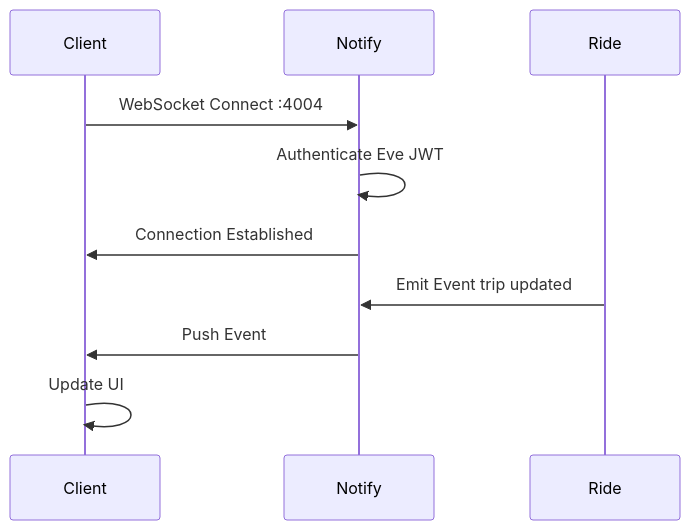
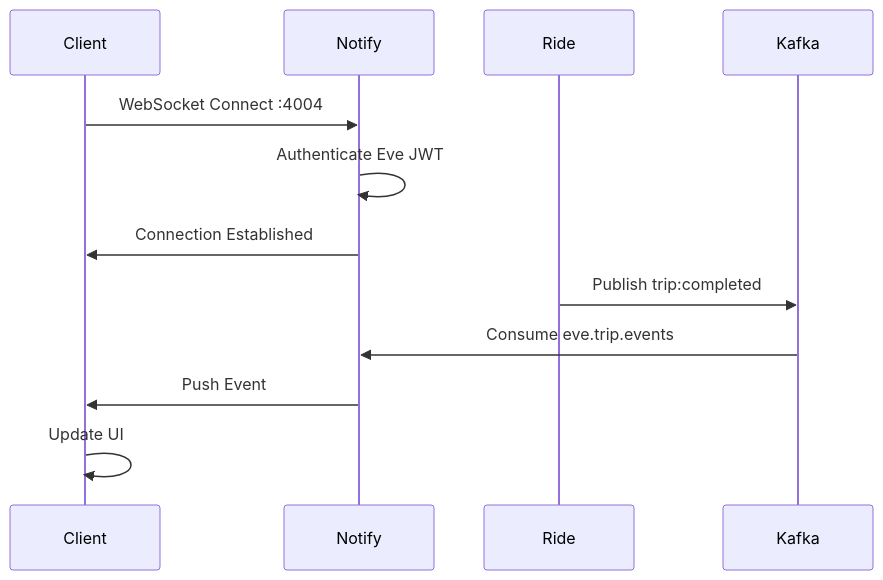
One commit to 13x54n/Eve changed the fifth of 11 diagrams in ARCHITECTURE.md. Above: the diagram before and after it, drawn with Mermaid. The commit also changed other lines of this file and 27 other files, not shown here.

First line of the commit message:
Add Kafka as the platform event bus across Eve services.

````diff
--- a/ARCHITECTURE.md
+++ b/ARCHITECTURE.md
@@ -441,14 +455,16 @@
 ```mermaid
 sequenceDiagram
     participant Client
     participant Notify
     participant Ride
+    participant Kafka
 
     Client->>Notify: WebSocket Connect :4004
     Notify->>Notify: Authenticate Eve JWT
     Notify->>Client: Connection Established
 
-    Ride->>Notify: Emit Event trip updated
+    Ride->>Kafka: Publish trip:completed
+    Kafka->>Notify: Consume eve.trip.events
     Notify->>Client: Push Event
     Client->>Client: Update UI
 ```
````
